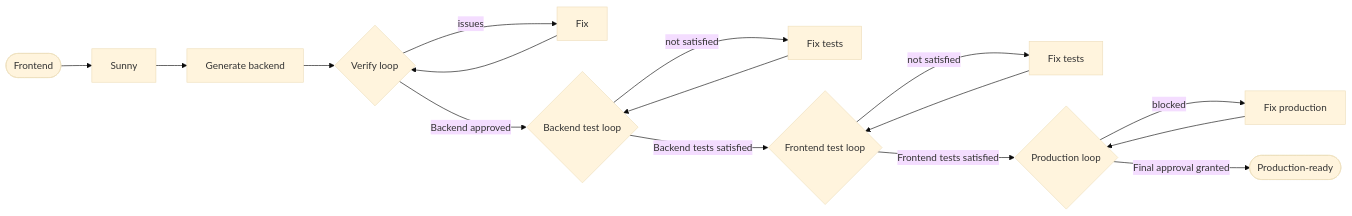
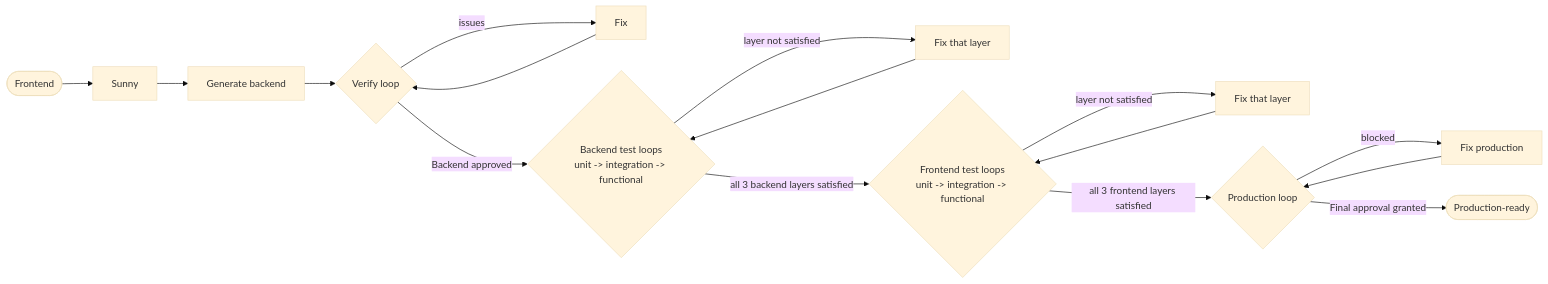
Before and after one commit to priyam-qo-box/agents: the diagram in README.md, drawn with Mermaid (base theme). The commit also changed other lines of this file and 28 other files, not shown here.

First line of the commit message:
Refactor backend test agents and enhance documentation

````diff
--- a/README.md
+++ b/README.md
@@ -78,14 +94,14 @@
 ```mermaid
 flowchart LR
     FE([Frontend]) --> S[Sunny]
     S --> GEN[Generate backend]
     GEN --> VL{Verify loop}
     VL -->|issues| FIX[Fix] --> VL
-    VL -->|"Backend approved"| BTL{Backend test loop}
-    BTL -->|"not satisfied"| BFIX[Fix tests] --> BTL
-    BTL -->|"Backend tests satisfied"| FTL{Frontend test loop}
-    FTL -->|"not satisfied"| FFIX[Fix tests] --> FTL
-    FTL -->|"Frontend tests satisfied"| PL{Production loop}
+    VL -->|"Backend approved"| BTL{"Backend test loops<br/>unit -> integration -> functional"}
+    BTL -->|"layer not satisfied"| BFIX[Fix that layer] --> BTL
+    BTL -->|"all 3 backend layers satisfied"| FTL{"Frontend test loops<br/>unit -> integration -> functional"}
+    FTL -->|"layer not satisfied"| FFIX[Fix that layer] --> FTL
+    FTL -->|"all 3 frontend layers satisfied"| PL{Production loop}
     PL -->|"blocked"| PFIX[Fix production] --> PL
     PL -->|"Final approval granted"| DONE([Production-ready])
 ```
````
